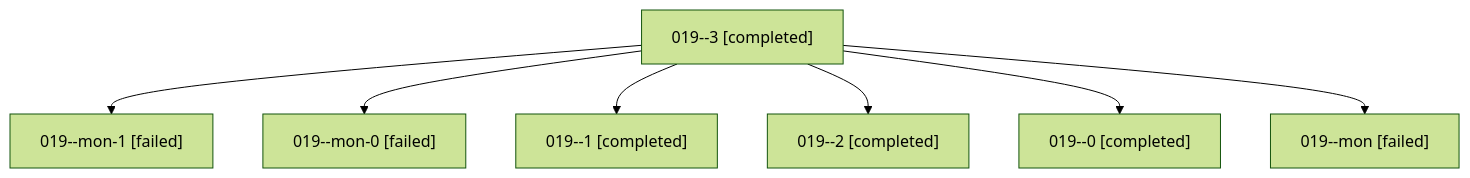
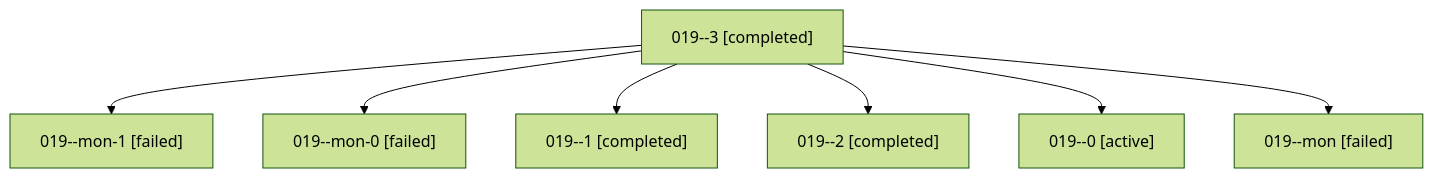
One commit to sase-org/sase--agents changed the diagram in families/bbugyi200.athena.019.md. Above: the diagram before and after it, drawn with Mermaid (forest theme). The commit also changed other lines of this file and 35830 other files, not shown here.

````diff
--- a/families/bbugyi200.athena.019.md
+++ b/families/bbugyi200.athena.019.md
@@ -9,16 +9,16 @@
 ```mermaid
 flowchart TD
   n0["019--3 [completed]"]
   n1["019--mon-1 [failed]"]
   n0 --> n1
   n2["019--mon-0 [failed]"]
   n0 --> n2
   n3["019--1 [completed]"]
   n0 --> n3
   n4["019--2 [completed]"]
   n0 --> n4
-  n5["019--0 [completed]"]
+  n5["019--0 [active]"]
   n0 --> n5
   n6["019--mon [failed]"]
   n0 --> n6
 ```
````
